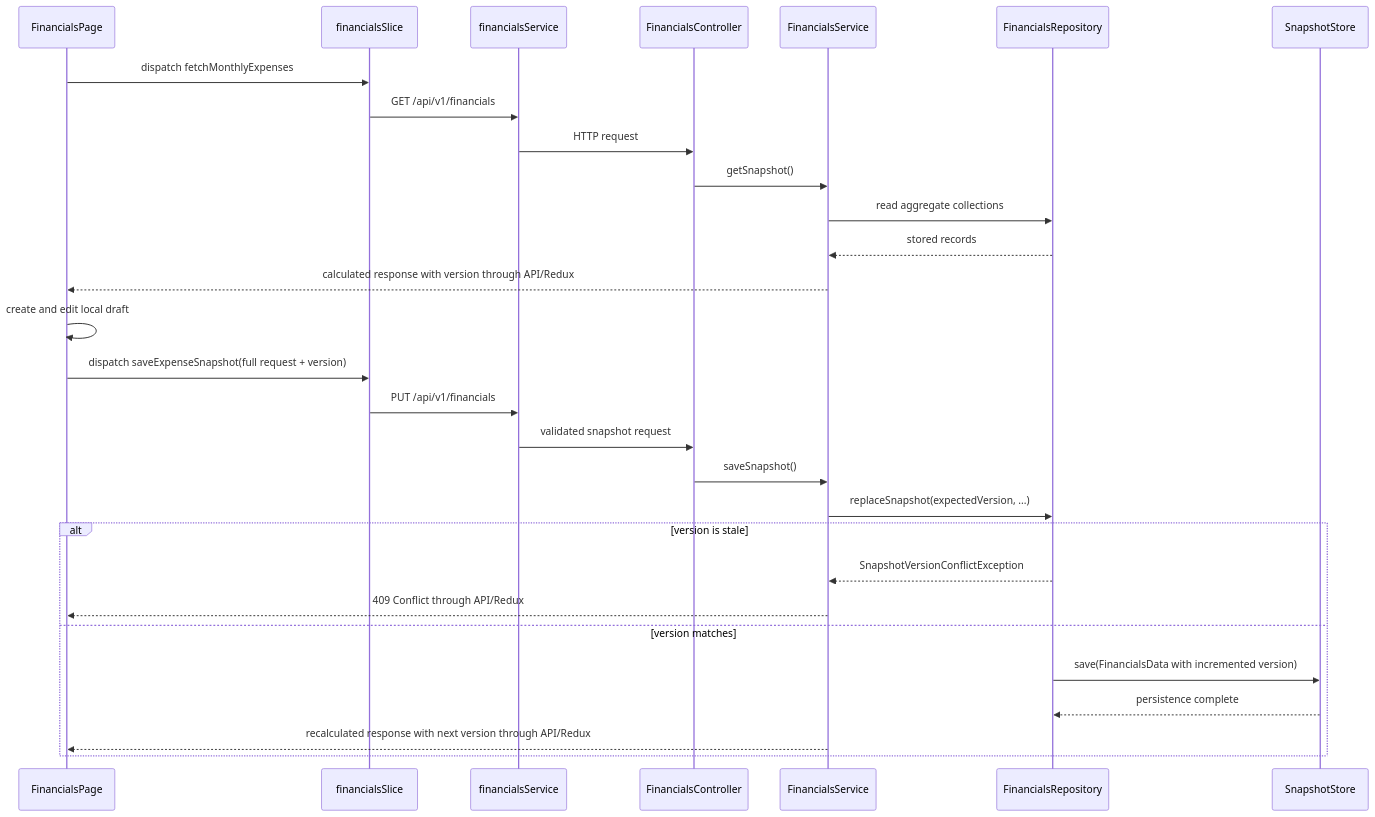
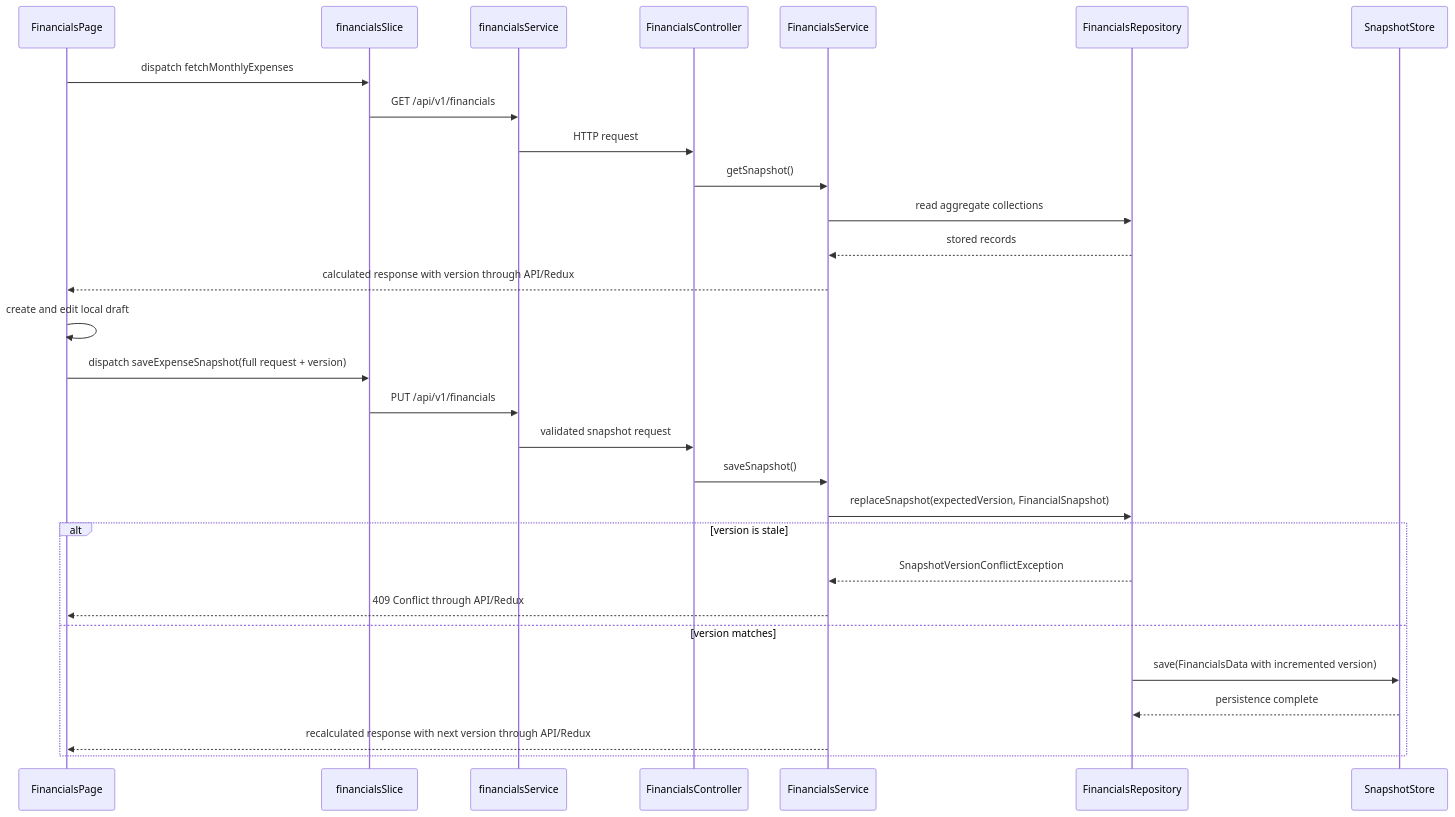
Before and after one commit to everdein/end-to-end-app: the third of 4 diagrams in docs/architecture-map.md, drawn with Mermaid. The commit also changed other lines of this file and 58 other files, not shown here.

Commit message:
Add financial snapshot persistence and tooling

````diff
--- a/docs/architecture-map.md
+++ b/docs/architecture-map.md
@@ -101,32 +110,32 @@
 ```mermaid
 sequenceDiagram
     participant Page as FinancialsPage
     participant Redux as financialsSlice
     participant Client as financialsService
     participant API as FinancialsController
     participant Domain as FinancialsService
     participant Repo as FinancialsRepository
     participant Store as SnapshotStore
 
     Page->>Redux: dispatch fetchMonthlyExpenses
     Redux->>Client: GET /api/v1/financials
     Client->>API: HTTP request
     API->>Domain: getSnapshot()
     Domain->>Repo: read aggregate collections
     Repo-->>Domain: stored records
     Domain-->>Page: calculated response with version through API/Redux
     Page->>Page: create and edit local draft
     Page->>Redux: dispatch saveExpenseSnapshot(full request + version)
     Redux->>Client: PUT /api/v1/financials
     Client->>API: validated snapshot request
     API->>Domain: saveSnapshot()
-    Domain->>Repo: replaceSnapshot(expectedVersion, ...)
+    Domain->>Repo: replaceSnapshot(expectedVersion, FinancialSnapshot)
     alt version is stale
         Repo-->>Domain: SnapshotVersionConflictException
         Domain-->>Page: 409 Conflict through API/Redux
     else version matches
         Repo->>Store: save(FinancialsData with incremented version)
         Store-->>Repo: persistence complete
         Domain-->>Page: recalculated response with next version through API/Redux
     end
 ```
````
